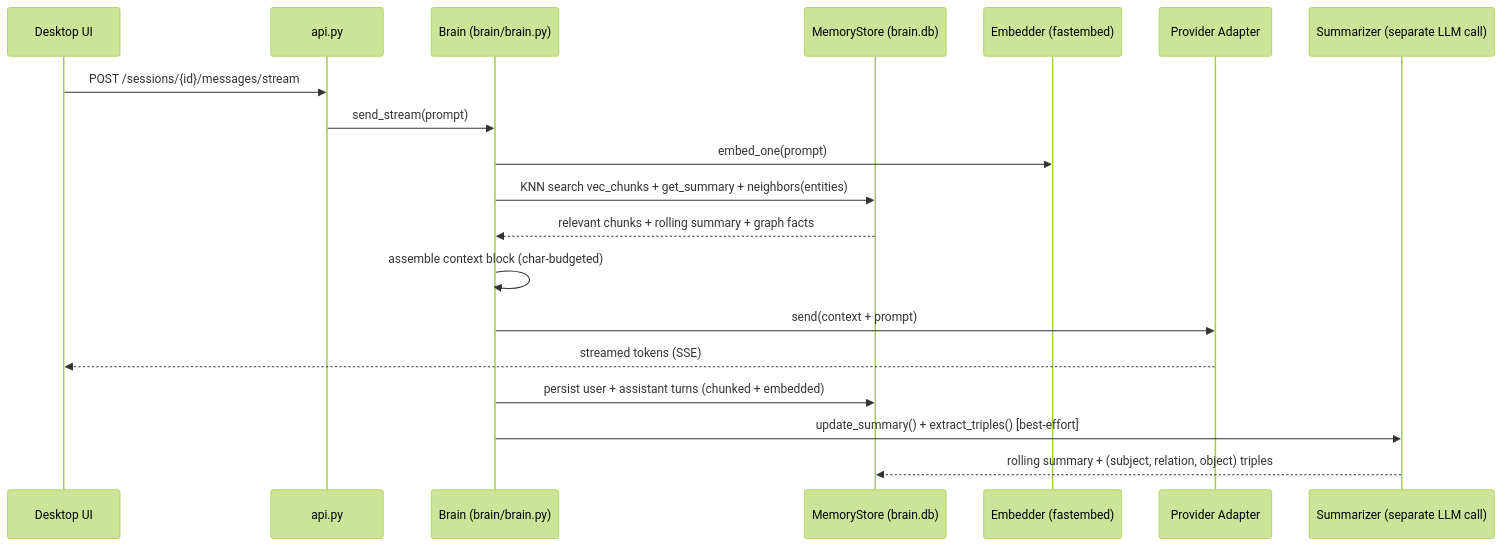
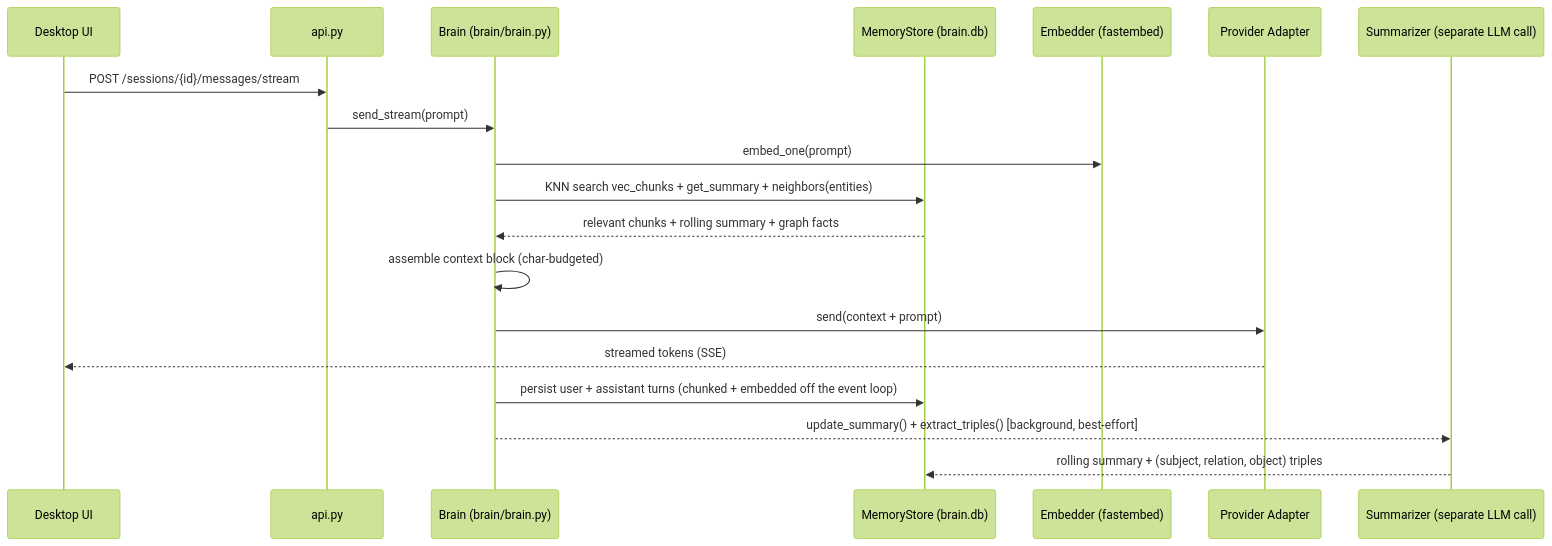
The third of 4 diagrams in README.md (Subham12R/Atlas), drawn with Mermaid (forest theme) before and after one commit. The commit also changed other lines of this file and 53 other files, not shown here.

````diff
--- a/README.md
+++ b/README.md
@@ -203,22 +204,22 @@
 ```mermaid
 sequenceDiagram
     participant UI as Desktop UI
     participant API as api.py
     participant Brain as Brain (brain/brain.py)
     participant Store as MemoryStore (brain.db)
     participant Embed as Embedder (fastembed)
     participant Adapter as Provider Adapter
     participant Sum as Summarizer (separate LLM call)
 
     UI->>API: POST /sessions/{id}/messages/stream
     API->>Brain: send_stream(prompt)
     Brain->>Embed: embed_one(prompt)
     Brain->>Store: KNN search vec_chunks + get_summary + neighbors(entities)
     Store-->>Brain: relevant chunks + rolling summary + graph facts
     Brain->>Brain: assemble context block (char-budgeted)
     Brain->>Adapter: send(context + prompt)
     Adapter-->>UI: streamed tokens (SSE)
-    Brain->>Store: persist user + assistant turns (chunked + embedded)
-    Brain->>Sum: update_summary() + extract_triples() [best-effort]
+    Brain->>Store: persist user + assistant turns (chunked + embedded off the event loop)
+    Brain-->>Sum: update_summary() + extract_triples() [background, best-effort]
     Sum-->>Store: rolling summary + (subject, relation, object) triples
 ```
````
